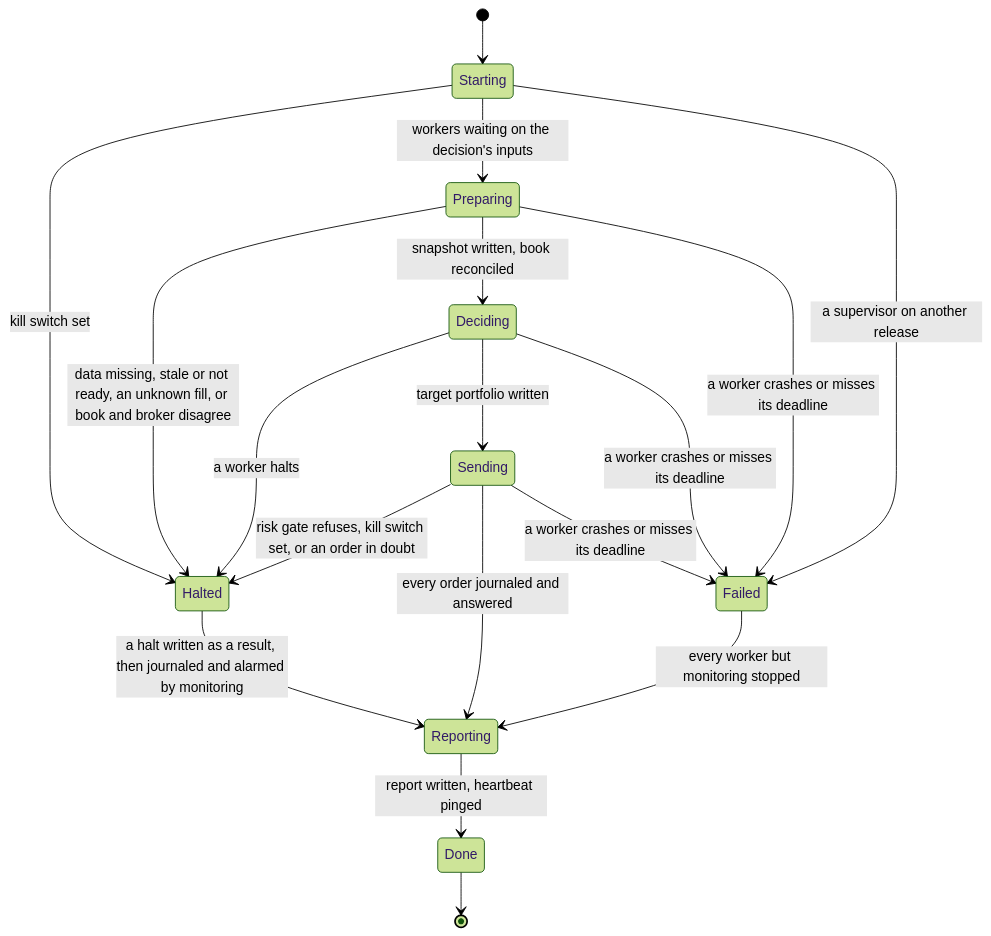
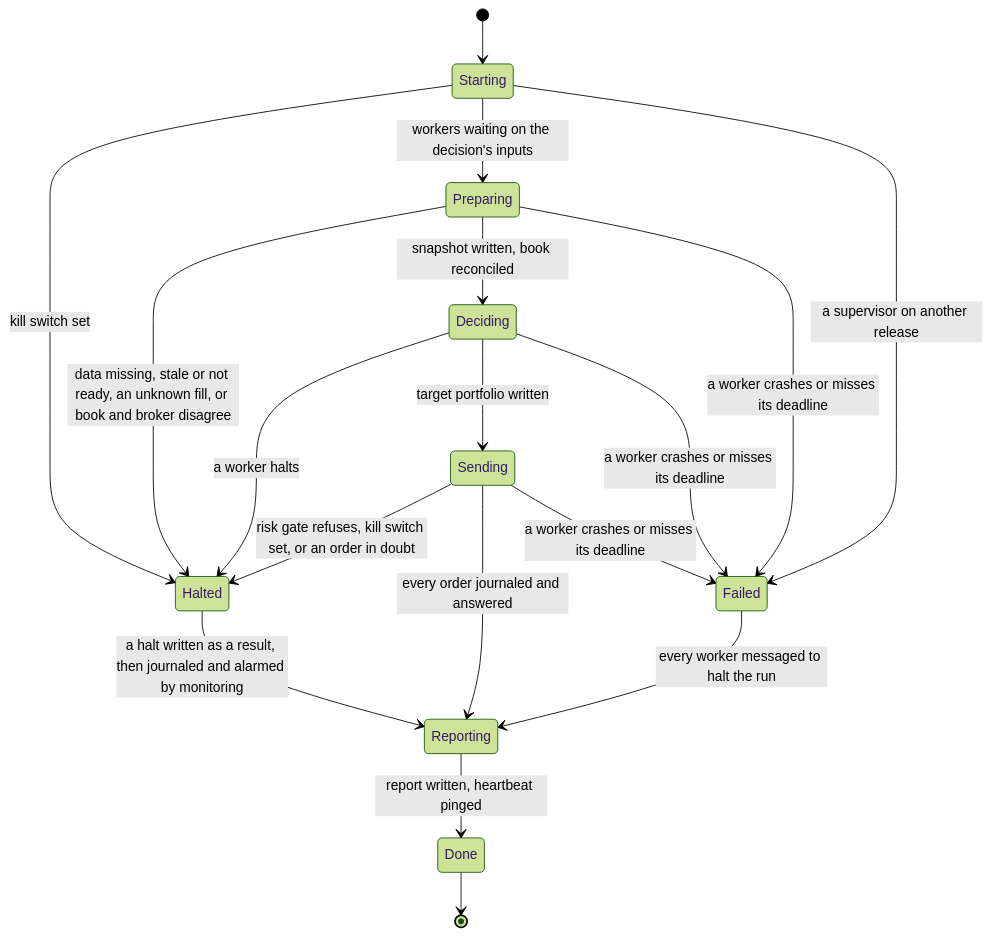
One commit to l3a0/ithildin-runtime changed diagram 13 of 16 in docs/architecture.md. Above: the diagram before and after it, drawn with Mermaid (forest theme). The commit also changed other lines of this file and 1 other file, not shown here.

````diff
--- a/docs/architecture.md
+++ b/docs/architecture.md
@@ -1444,20 +1442,20 @@
 ```mermaid
 stateDiagram-v2
     [*] --> Starting
     Starting --> Halted: kill switch set
     Starting --> Preparing: workers waiting on the decision's inputs
     Preparing --> Halted: data missing, stale or not ready, an unknown fill, or book and broker disagree
     Preparing --> Deciding: snapshot written, book reconciled
     Deciding --> Halted: a worker halts
     Deciding --> Sending: target portfolio written
     Sending --> Halted: risk gate refuses, kill switch set, or an order in doubt
     Sending --> Reporting: every order journaled and answered
     Halted --> Reporting: a halt written as a result, then journaled and alarmed by monitoring
     Reporting --> Done: report written, heartbeat pinged
     Done --> [*]
     Starting --> Failed: a supervisor on another release
     Preparing --> Failed: a worker crashes or misses its deadline
     Deciding --> Failed: a worker crashes or misses its deadline
     Sending --> Failed: a worker crashes or misses its deadline
-    Failed --> Reporting: every worker but monitoring stopped
+    Failed --> Reporting: every worker messaged to halt the run
 ```
````
